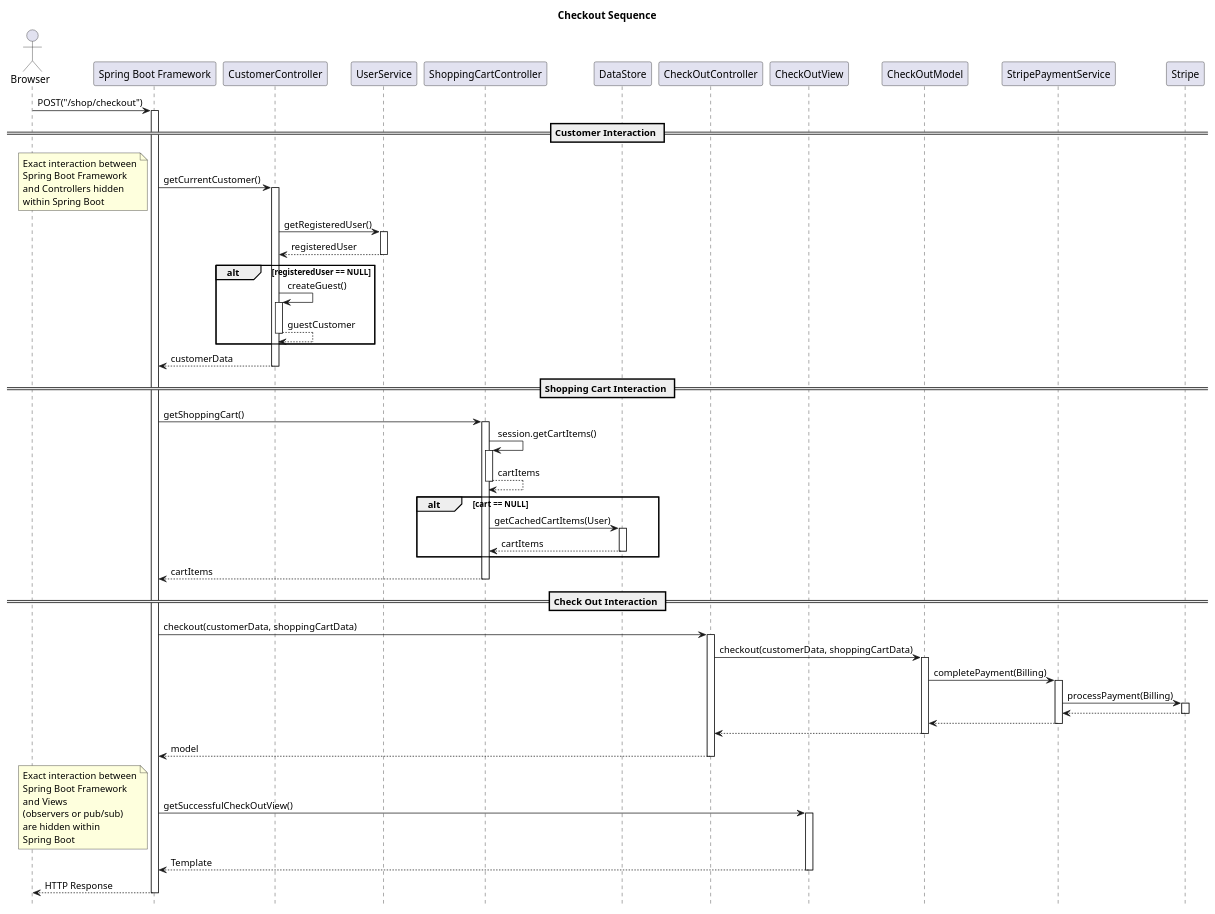
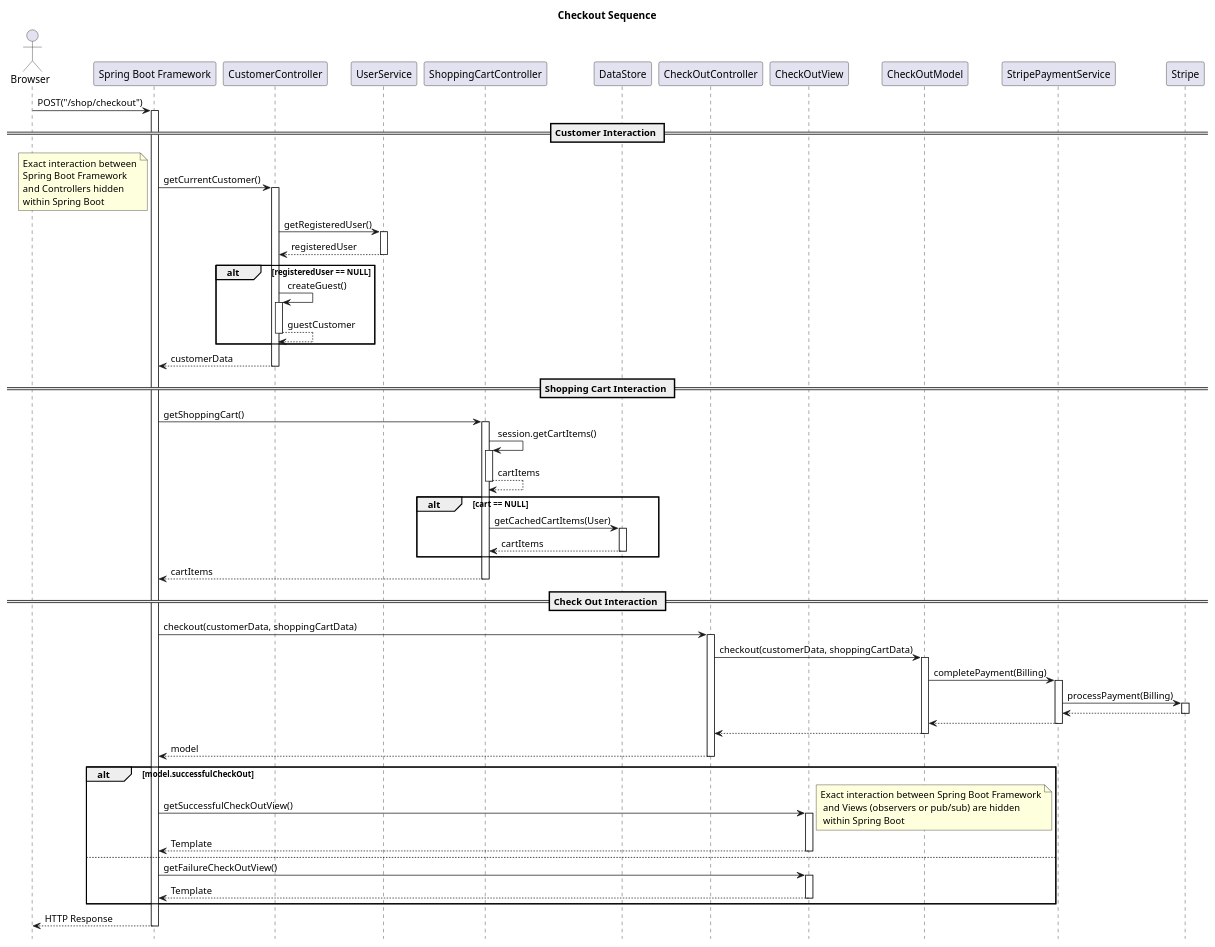
Before and after one commit to Rockie156/se577-train-system: the diagram in docs/sequence/checkout.puml, drawn with PlantUML. The commit also changed 1 other file, not shown here.

Commit message:
Updated diagrams per Saffat feedback
Added a failure option for payment so that we call a different method in
view.  Added the methods that were added to the sequence diagram into
the class diagram.

```diff
--- a/docs/sequence/checkout.puml
+++ b/docs/sequence/checkout.puml
@@ -1,65 +1,70 @@
 @startuml
 title Checkout Sequence
 hide footbox
 autoactivate on
 
 actor "Browser" as client
 participant "Spring Boot Framework" as SB
 participant CustomerController
 participant UserService
 participant ShoppingCartController
 participant DataStore
 participant CheckOutController
 participant CheckOutView
 
 
 
 client -> SB : POST("/shop/checkout")
 
 == Customer Interaction ==
 SB -> CustomerController : getCurrentCustomer()
 note left
 Exact interaction between
 Spring Boot Framework
 and Controllers hidden
 within Spring Boot
 end note
 CustomerController -> UserService : getRegisteredUser()
 return registeredUser
 alt registeredUser == NULL
    CustomerController -> CustomerController : createGuest()
    return guestCustomer
 end
 return customerData
 
 == Shopping Cart Interaction ==
 SB -> ShoppingCartController : getShoppingCart()
 ShoppingCartController -> ShoppingCartController : session.getCartItems()
 return cartItems
 alt cart == NULL
    ShoppingCartController -> DataStore : getCachedCartItems(User)
    return cartItems
 end
 return cartItems
 
 == Check Out Interaction ==
 SB -> CheckOutController : checkout(customerData, shoppingCartData)
 CheckOutController -> CheckOutModel : checkout(customerData, shoppingCartData)
 CheckOutModel -> StripePaymentService : completePayment(Billing)
 StripePaymentService -> Stripe : processPayment(Billing)
 return
 return
 return
 return model
-SB -> CheckOutView : getSuccessfulCheckOutView()
-note left
-Exact interaction between
-Spring Boot Framework
-and Views
-(observers or pub/sub)
-are hidden within
-Spring Boot
-end note
+alt model.successfulCheckOut
+   SB -> CheckOutView : getSuccessfulCheckOutView()
+   note right
+      Exact interaction between Spring Boot Framework
+       and Views (observers or pub/sub) are hidden
+       within Spring Boot
+    end note
+
 return Template
+else
+   SB -> CheckOutView : getFailureCheckOutView()
+   return Template
+
+end
+
 return HTTP Response
 @enduml
```
